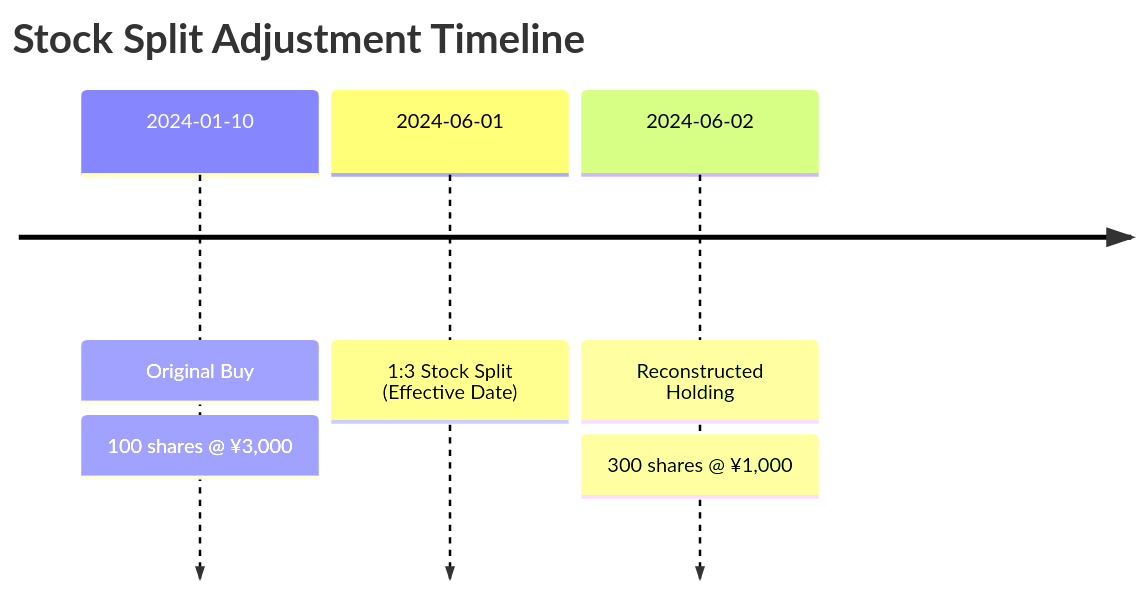
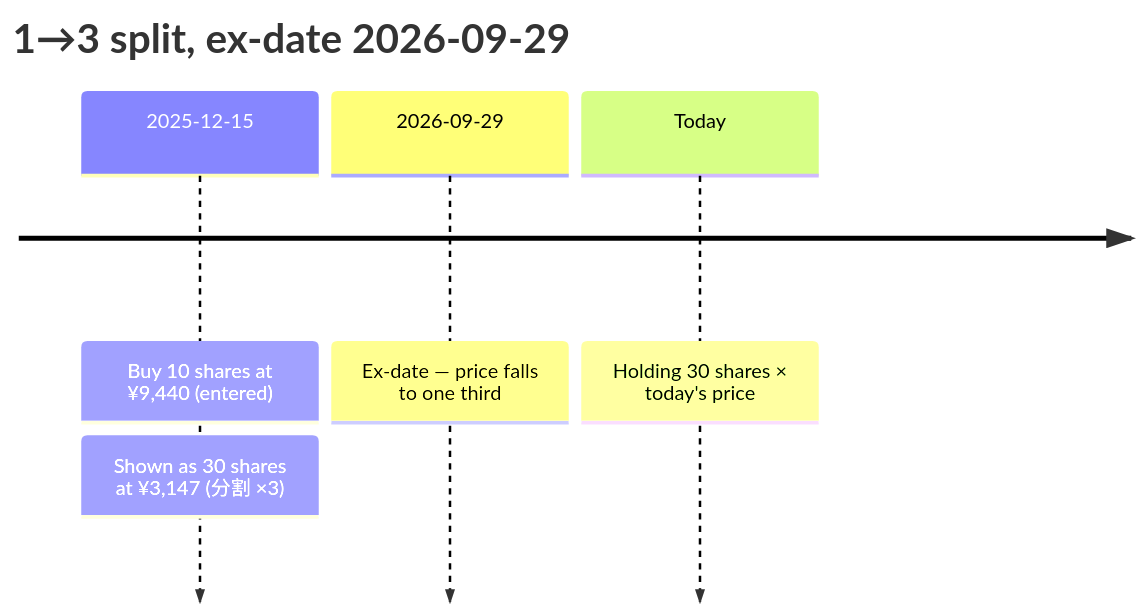
Before and after one commit to SotaYanagisawa/kabutora: the diagram in docs/calculation-rules.md, drawn with Mermaid. The commit also changed other lines of this file and 143 other files, not shown here.

````diff
--- a/docs/calculation-rules.md
+++ b/docs/calculation-rules.md
@@ -37,7 +19,8 @@
 ```mermaid
 timeline
-    title Stock Split Adjustment Timeline
-    2024-01-10 : Original Buy : 100 shares @ ¥3,000
-    2024-06-01 : 1:3 Stock Split (Effective Date)
-    2024-06-02 : Reconstructed Holding : 300 shares @ ¥1,000
+    title 1→3 split, ex-date 2026-09-29
+    2025-12-15 : Buy 10 shares at ¥9,440 (entered)
+               : Shown as 30 shares at ¥3,147 (分割 ×3)
+    2026-09-29 : Ex-date — price falls to one third
+    Today      : Holding 30 shares × today's price
 ```
````
